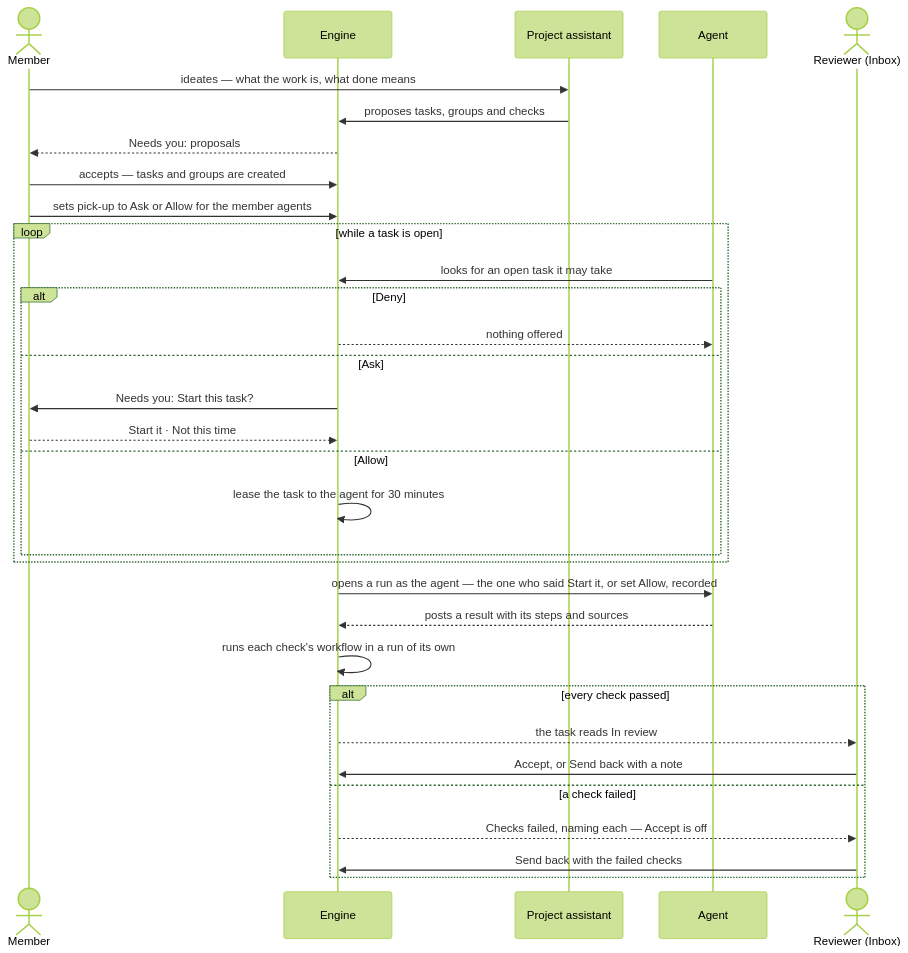
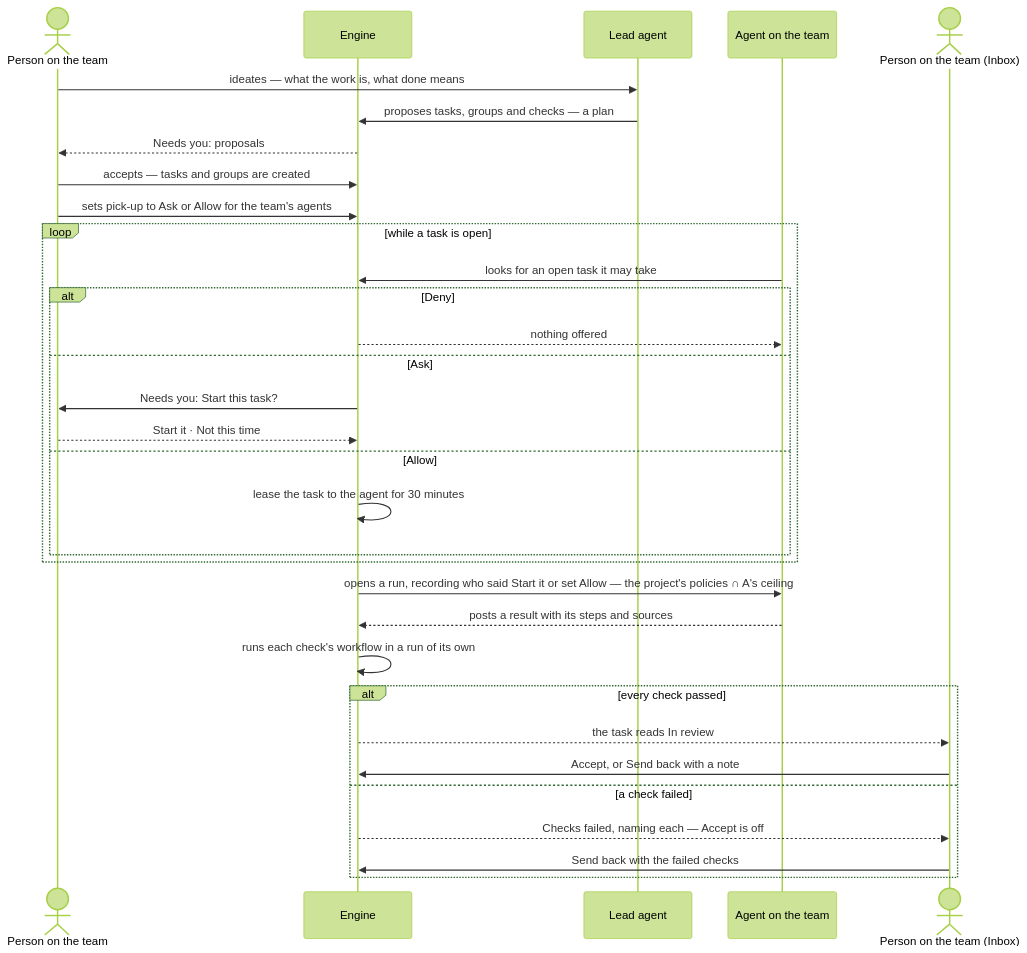
The second of 2 diagrams in specs/capabilities/projects/features/PJ-F01-projects-and-tasks/feature.md (invana/invana), drawn with Mermaid (forest theme) before and after one commit. The commit also changed other lines of this file and 456 other files, not shown here.

````diff
--- a/specs/capabilities/projects/features/PJ-F01-projects-and-tasks/feature.md
+++ b/specs/capabilities/projects/features/PJ-F01-projects-and-tasks/feature.md
@@ -80,34 +83,34 @@
 ```mermaid
 sequenceDiagram
-  actor M as Member
+  actor M as Person on the team
   participant E as Engine
-  participant PA as Project assistant
-  participant A as Agent
-  actor R as Reviewer (Inbox)
+  participant PA as Lead agent
+  participant A as Agent on the team
+  actor R as Person on the team (Inbox)
   M->>PA: ideates — what the work is, what done means
-  PA->>E: proposes tasks, groups and checks
+  PA->>E: proposes tasks, groups and checks — a plan
   E-->>M: Needs you: proposals
   M->>E: accepts — tasks and groups are created
-  M->>E: sets pick-up to Ask or Allow for the member agents
+  M->>E: sets pick-up to Ask or Allow for the team's agents
   loop while a task is open
     A->>E: looks for an open task it may take
     alt Deny
       E-->>A: nothing offered
     else Ask
       E->>M: Needs you: Start this task?
       M-->>E: Start it · Not this time
     else Allow
       E->>E: lease the task to the agent for 30 minutes
     end
   end
-  E->>A: opens a run as the agent — the one who said Start it, or set Allow, recorded
+  E->>A: opens a run, recording who said Start it or set Allow — the project's policies ∩ A's ceiling
   A-->>E: posts a result with its steps and sources
   E->>E: runs each check's workflow in a run of its own
   alt every check passed
     E-->>R: the task reads In review
     R->>E: Accept, or Send back with a note
   else a check failed
     E-->>R: Checks failed, naming each — Accept is off
     R->>E: Send back with the failed checks
   end
 ```
````
